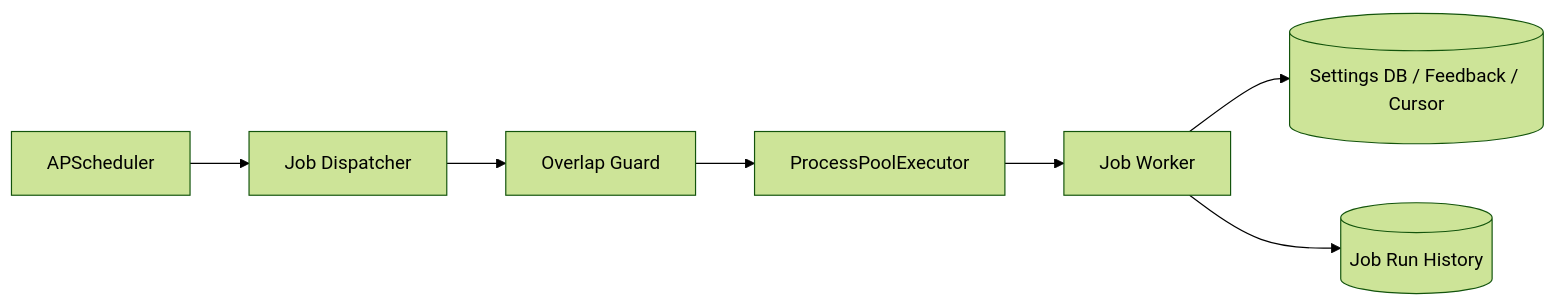
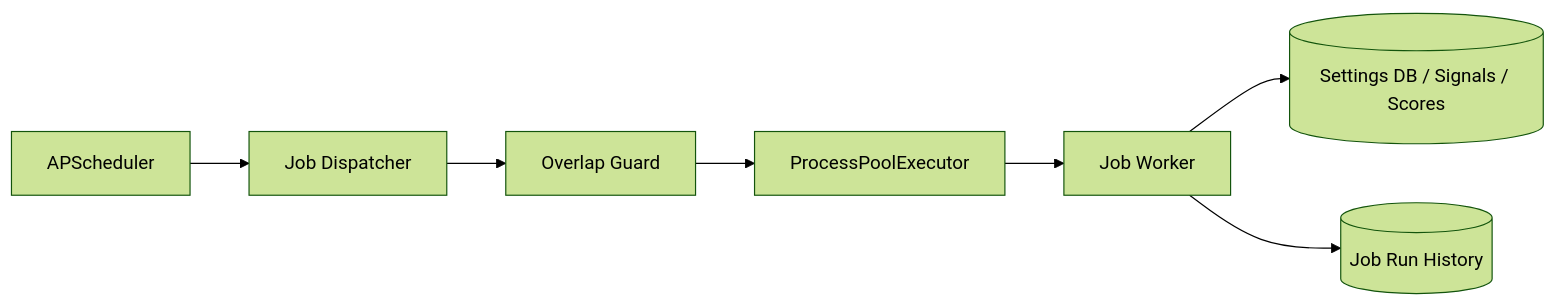
Before and after one commit to melumuccu/immich: the fifth of 5 diagrams in smart-ranker/docs/system.md, drawn with Mermaid (forest theme). The commit also changed other lines of this file and 3 other files, not shown here.

````diff
--- a/smart-ranker/docs/system.md
+++ b/smart-ranker/docs/system.md
@@ -233,17 +241,17 @@
 ```mermaid
 flowchart LR
   aps[APScheduler]
   dispatch[Job Dispatcher]
   guard[Overlap Guard]
   pool[ProcessPoolExecutor]
   worker[Job Worker]
-  state[(Settings DB / Feedback / Cursor)]
+  state[(Settings DB / Signals / Scores)]
   logs[(Job Run History)]
 
   aps --> dispatch
   dispatch --> guard
   guard --> pool
   pool --> worker
   worker --> state
   worker --> logs
 ```
````
